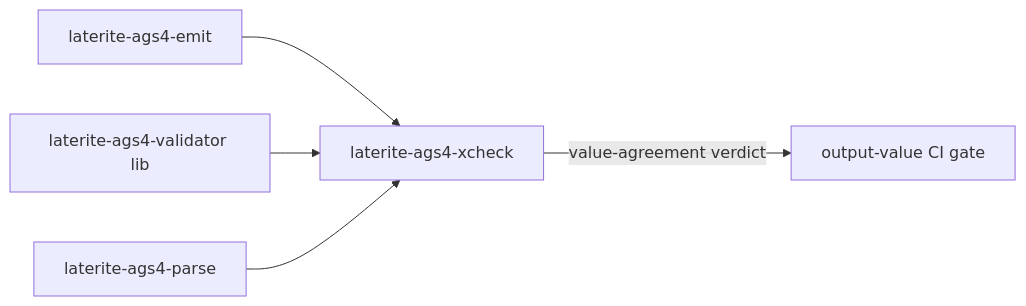
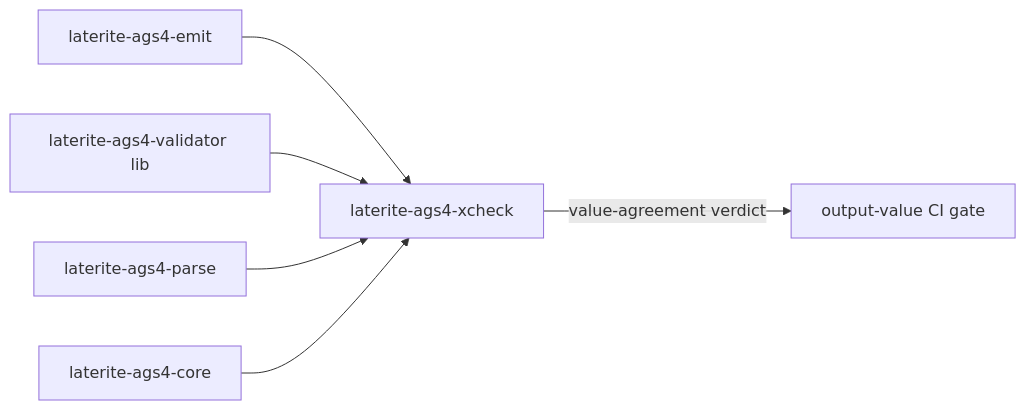
The diagram in ags-wiki/tools/laterite-ags4-xcheck.md (niko86/laterite), drawn with Mermaid before and after one commit. The commit also changed other lines of this file and 13 other files, not shown here.

````diff
--- a/ags-wiki/tools/laterite-ags4-xcheck.md
+++ b/ags-wiki/tools/laterite-ags4-xcheck.md
@@ -81,7 +83,8 @@
 ```mermaid
 flowchart LR
   emit[laterite-ags4-emit] --> xcheck[laterite-ags4-xcheck]
   val[laterite-ags4-validator lib] --> xcheck
   parse[laterite-ags4-parse] --> xcheck
+  core[laterite-ags4-core] --> xcheck
   xcheck -->|value-agreement verdict| ci[output-value CI gate]
 ```
````
